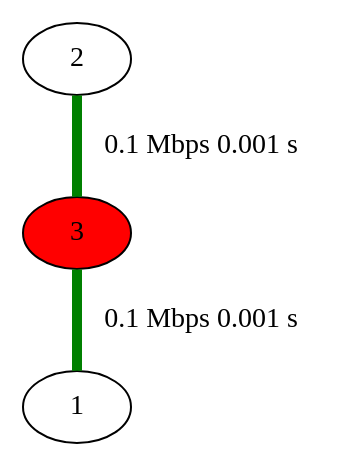
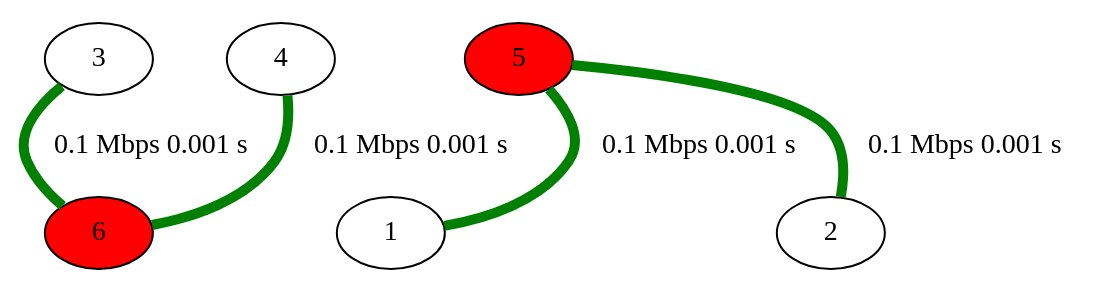
One commit to nonononoka/ntSimulator changed the diagram in network.gv. Above: the diagram before and after it, drawn with Graphviz. The commit also changed 2 other files, not shown here.

```diff
--- a/network.gv
+++ b/network.gv
@@ -1,22 +1,40 @@
 strict graph {
 
 
-	"2" [  weight=0 ];
+	"3" [  weight=0 ];
 
-	"2" -- "3" [ color="green", label="0.1 Mbps 0.001 s
+	"3" -- "6" [ color="green", label="0.1 Mbps 0.001 s
 ", penwidth="5.00",  weight=0 ];
 
-	"3" [ fillcolor="red", style="filled",  weight=0 ];
+	"4" [  weight=0 ];
 
-	"3" -- "1" [ color="green", label="0.1 Mbps 0.001 s
+	"4" -- "6" [ color="green", label="0.1 Mbps 0.001 s
 ", penwidth="5.00",  weight=0 ];
 
-	"3" -- "2" [ color="green", label="0.1 Mbps 0.001 s
+	"5" [ fillcolor="red", style="filled",  weight=0 ];
+
+	"5" -- "1" [ color="green", label="0.1 Mbps 0.001 s
+", penwidth="5.00",  weight=0 ];
+
+	"5" -- "2" [ color="green", label="0.1 Mbps 0.001 s
+", penwidth="5.00",  weight=0 ];
+
+	"6" [ fillcolor="red", style="filled",  weight=0 ];
+
+	"6" -- "4" [ color="green", label="0.1 Mbps 0.001 s
+", penwidth="5.00",  weight=0 ];
+
+	"6" -- "3" [ color="green", label="0.1 Mbps 0.001 s
 ", penwidth="5.00",  weight=0 ];
 
 	"1" [  weight=0 ];
 
-	"1" -- "3" [ color="green", label="0.1 Mbps 0.001 s
+	"1" -- "5" [ color="green", label="0.1 Mbps 0.001 s
+", penwidth="5.00",  weight=0 ];
+
+	"2" [  weight=0 ];
+
+	"2" -- "5" [ color="green", label="0.1 Mbps 0.001 s
 ", penwidth="5.00",  weight=0 ];
 
 }
```
